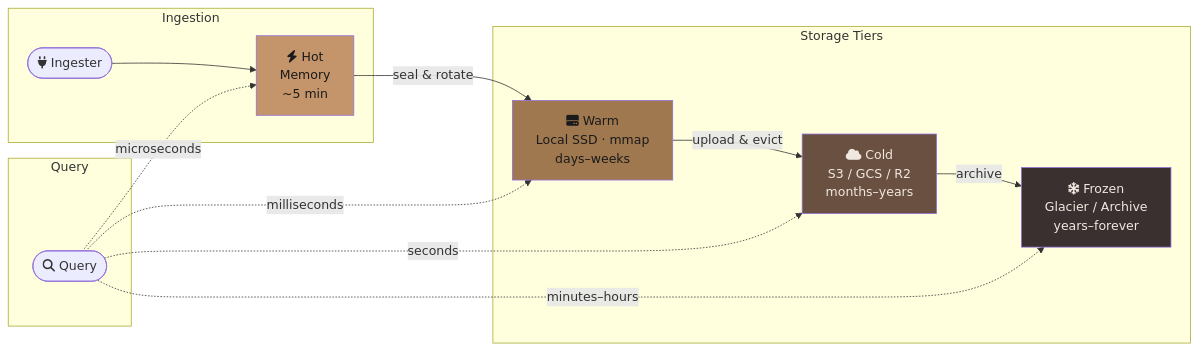
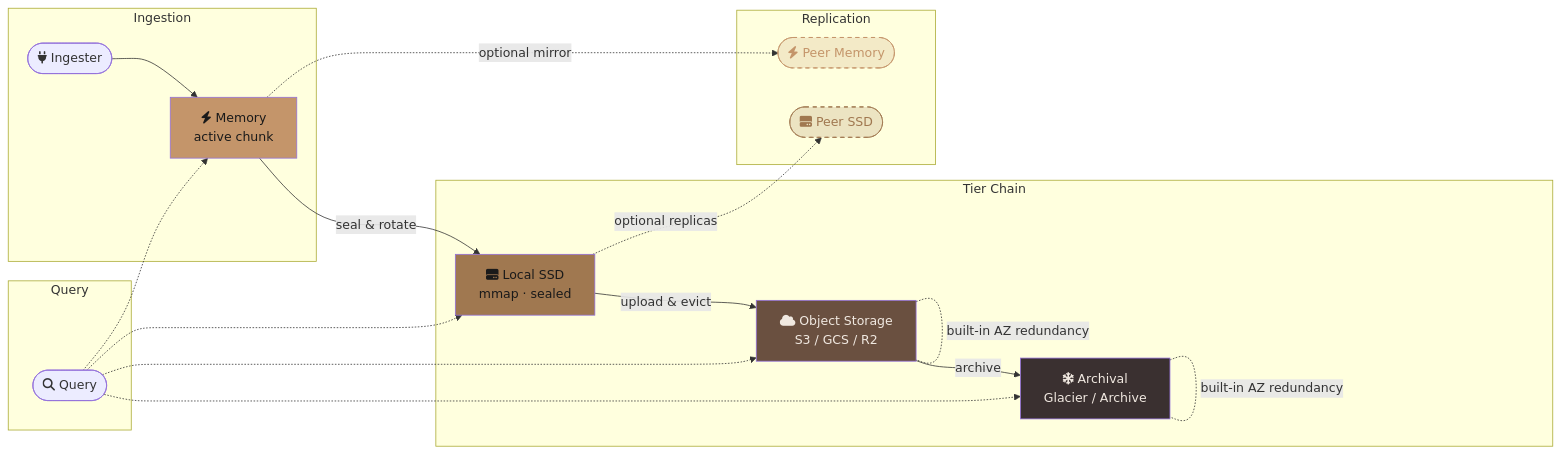
One commit to kluzzebass/gastrolog changed the third of 3 diagrams in docs/vision.md. Above: the diagram before and after it, drawn with Mermaid. The commit also changed other lines of this file, not shown here.

First line of the commit message:
docs: rewrite storage vision as vault-with-tier-chains model

````diff
--- a/docs/vision.md
+++ b/docs/vision.md
@@ -139,25 +162,34 @@
 ```mermaid
 flowchart LR
     subgraph Ingestion
-        I([fa:fa-plug Ingester]) --> HOT
+        I([fa:fa-plug Ingester]) --> T0
     end
 
-    subgraph Storage Tiers
-        HOT[fa:fa-bolt Hot<br/>Memory<br/>~5 min] -->|seal & rotate| WARM
-        WARM[fa:fa-hard-drive Warm<br/>Local SSD · mmap<br/>days–weeks] -->|upload & evict| COLD
-        COLD[fa:fa-cloud Cold<br/>S3 / GCS / R2<br/>months–years] -->|archive| FROZEN
-        FROZEN[fa:fa-snowflake Frozen<br/>Glacier / Archive<br/>years–forever]
+    subgraph Tier Chain
+        T0[fa:fa-bolt Memory<br/>active chunk] -->|seal & rotate| T1
+        T1[fa:fa-hard-drive Local SSD<br/>mmap · sealed] -->|upload & evict| T2
+        T2[fa:fa-cloud Object Storage<br/>S3 / GCS / R2] -->|archive| T3
+        T3[fa:fa-snowflake Archival<br/>Glacier / Archive]
+    end
+
+    subgraph Replication
+        T0 -.->|optional mirror| T0R([fa:fa-bolt Peer Memory])
+        T1 -.->|optional replicas| T1R([fa:fa-hard-drive Peer SSD])
+        T2 -.-|built-in AZ redundancy| T2
+        T3 -.-|built-in AZ redundancy| T3
     end
 
     subgraph Query
-        Q([fa:fa-search Query]) -.->|microseconds| HOT
-        Q -.->|milliseconds| WARM
-        Q -.->|seconds| COLD
-        Q -.->|minutes–hours| FROZEN
+        Q([fa:fa-search Query]) -.-> T0
+        Q -.-> T1
+        Q -.-> T2
+        Q -.-> T3
     end
 
-    style HOT fill:#c4956a,color:#1a1a1a
-    style WARM fill:#a07850,color:#1a1a1a
-    style COLD fill:#6a5040,color:#f0e8e0
-    style FROZEN fill:#3a3030,color:#f0e8e0
+    style T0 fill:#c4956a,color:#1a1a1a
+    style T1 fill:#a07850,color:#1a1a1a
+    style T2 fill:#6a5040,color:#f0e8e0
+    style T3 fill:#3a3030,color:#f0e8e0
+    style T0R fill:#c4956a33,color:#c4956a,stroke:#c4956a,stroke-dasharray:5
+    style T1R fill:#a0785033,color:#a07850,stroke:#a07850,stroke-dasharray:5
 ```
````
